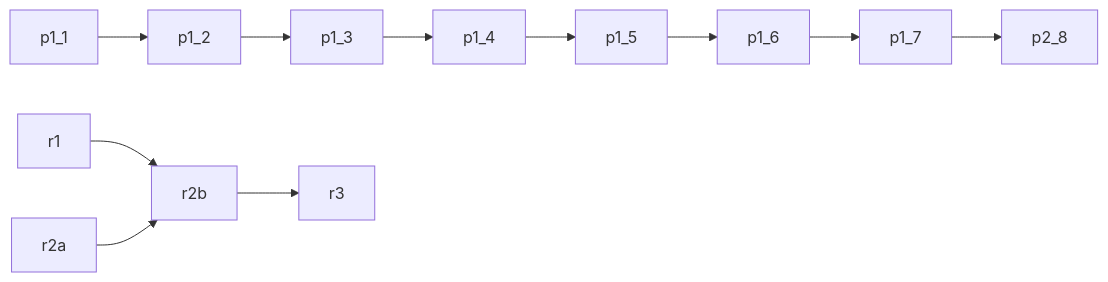
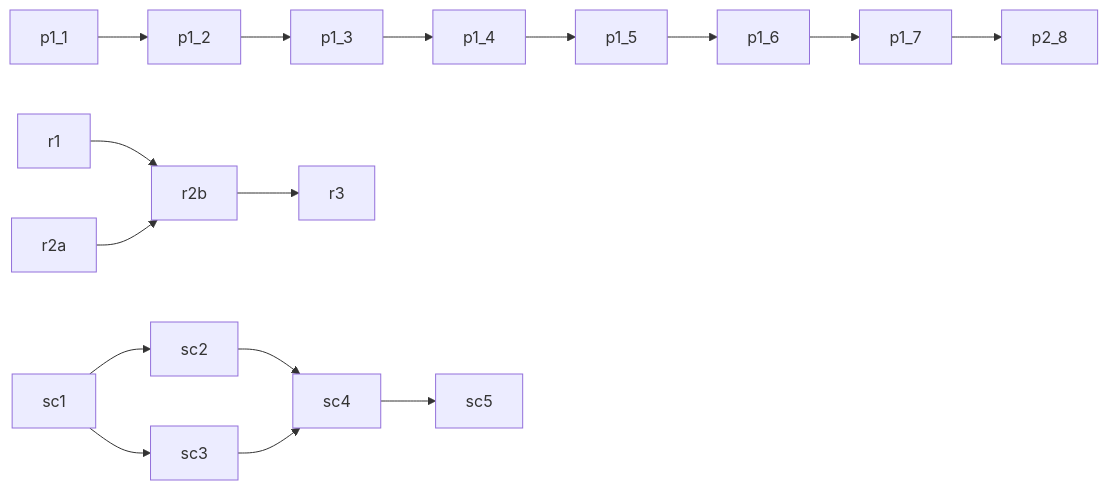
One commit to Cal-Starfur/Tipsy changed the diagram in build_queue.md. Above: the diagram before and after it, drawn with Mermaid. The commit also changed other lines of this file and 2 other files, not shown here.

````diff
--- a/build_queue.md
+++ b/build_queue.md
@@ -7,13 +7,18 @@
 ```mermaid
 graph LR
   p1_1 --> p1_2
   p1_2 --> p1_3
   p1_3 --> p1_4
   p1_4 --> p1_5
   p1_5 --> p1_6
   p1_6 --> p1_7
   p1_7 --> p2_8
   r1 --> r2b
   r2a --> r2b
   r2b --> r3
+  sc1 --> sc2
+  sc1 --> sc3
+  sc2 --> sc4
+  sc3 --> sc4
+  sc4 --> sc5
 ```
````
